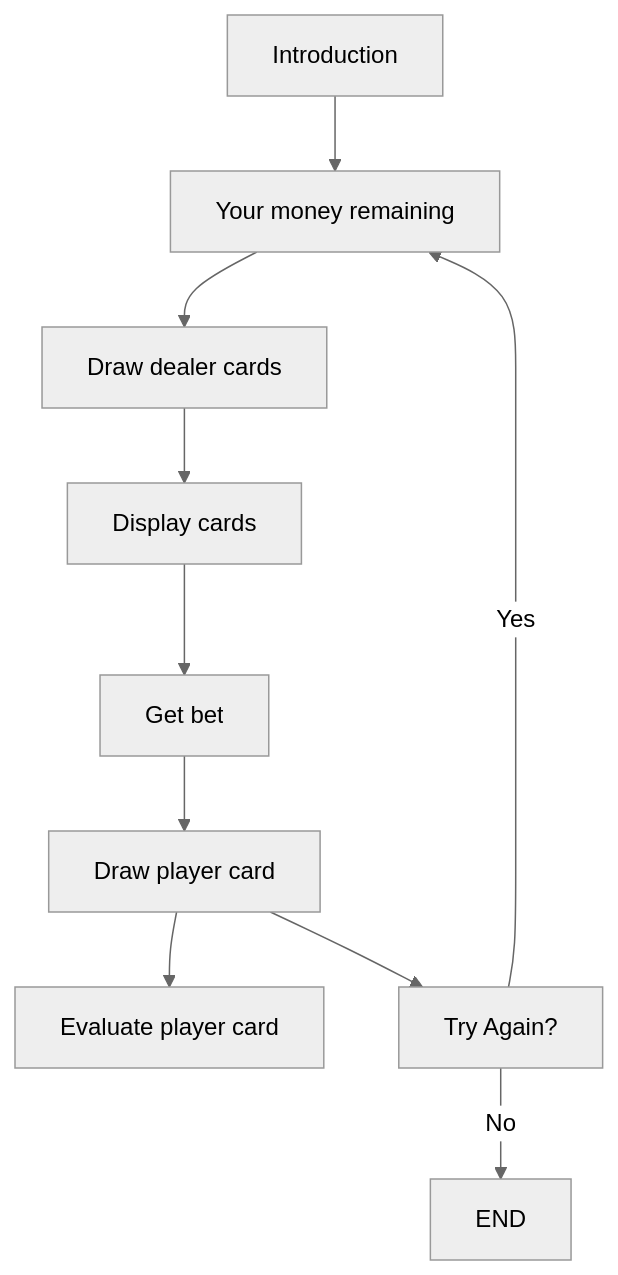
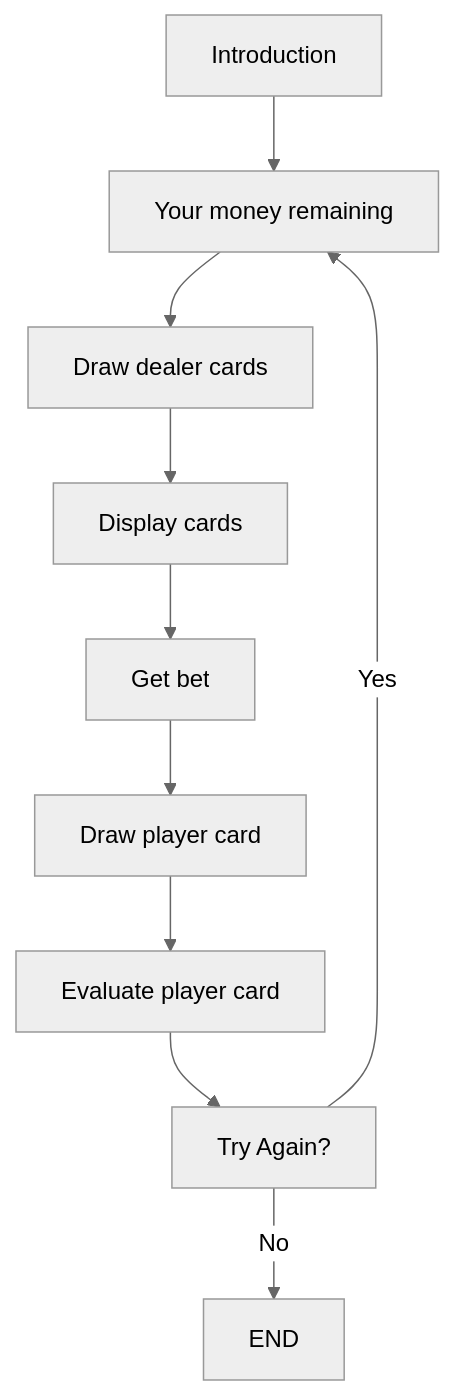
Before and after one commit to sprive/go_bcg_01_acey_ducey: the diagram in README.md, drawn with Mermaid (neutral theme).

Commit message:
fix bet logic and complete. LGTM.

````diff
--- a/README.md
+++ b/README.md
@@ -36,14 +36,14 @@
 ```mermaid
 flowchart TD
     
     A[Introduction] --> B[Your money remaining]
     B --> E[Draw dealer cards]
     E --> F[Display cards]
     F --> G[Get bet]
     G --> H[Draw player card]
     H --> I[Evaluate player card]
-    H --> Y[Try Again?]
+    I --> Y[Try Again?]
     Y --> |Yes| B
     Y --> |No| Z
     Z[END]
 ```
````
